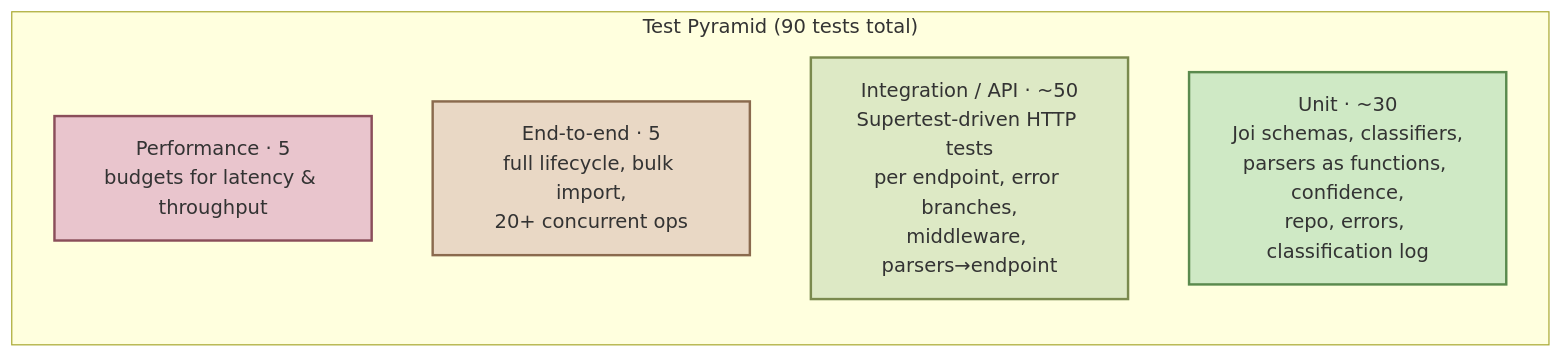
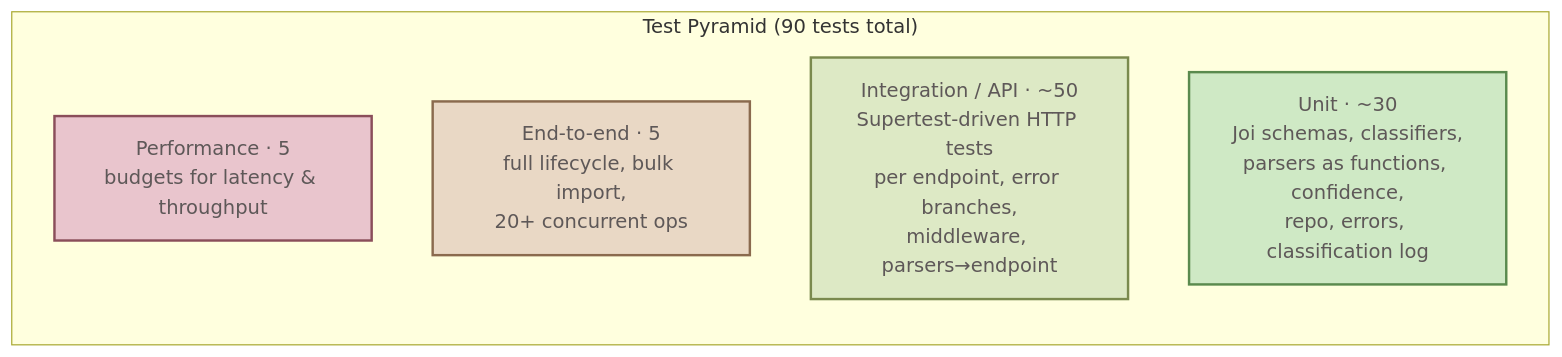
Before and after one commit to AlyonaGolovko/gen-ai-software-engineering: the diagram in homework-2/TESTING_GUIDE.md, drawn with Mermaid. The commit also changed other lines of this file, not shown here.

Commit message:
Fix styles for mermaid

````diff
--- a/homework-2/TESTING_GUIDE.md
+++ b/homework-2/TESTING_GUIDE.md
@@ -11,15 +11,15 @@
 ```mermaid
 flowchart TD
     subgraph PYRAMID["Test Pyramid (90 tests total)"]
         direction TB
         P[Performance · 5<br/>budgets for latency &amp; throughput]
         E[End-to-end · 5<br/>full lifecycle, bulk import,<br/>20+ concurrent ops]
         I[Integration / API · ~50<br/>Supertest-driven HTTP tests<br/>per endpoint, error branches,<br/>middleware, parsers→endpoint]
         U[Unit · ~30<br/>Joi schemas, classifiers,<br/>parsers as functions, confidence,<br/>repo, errors, classification log]
     end
 
-    style U fill:#cfe9c5,stroke:#5a8a4e,stroke-width:2px
-    style I fill:#dde9c5,stroke:#7a8a4e,stroke-width:2px
-    style E fill:#e9d8c5,stroke:#8a6a4e,stroke-width:2px
-    style P fill:#e9c5cd,stroke:#8a4e5a,stroke-width:2px
+    style U fill:#cfe9c5,stroke:#5a8a4e,stroke-width:2px,color:#5e5858
+    style I fill:#dde9c5,stroke:#7a8a4e,stroke-width:2px,color:#5e5858
+    style E fill:#e9d8c5,stroke:#8a6a4e,stroke-width:2px,color:#5e5858
+    style P fill:#e9c5cd,stroke:#8a4e5a,stroke-width:2px,color:#5e5858
 ```
````
